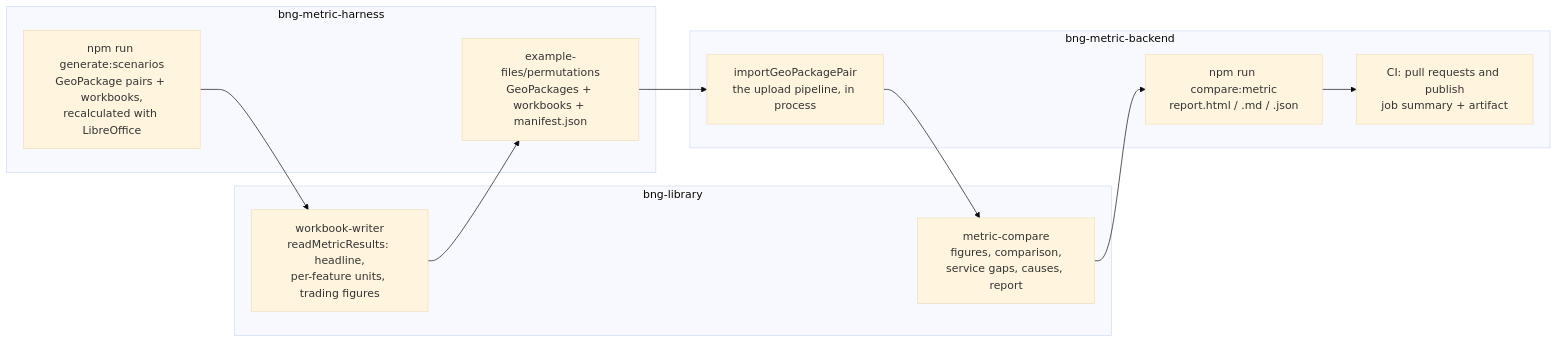
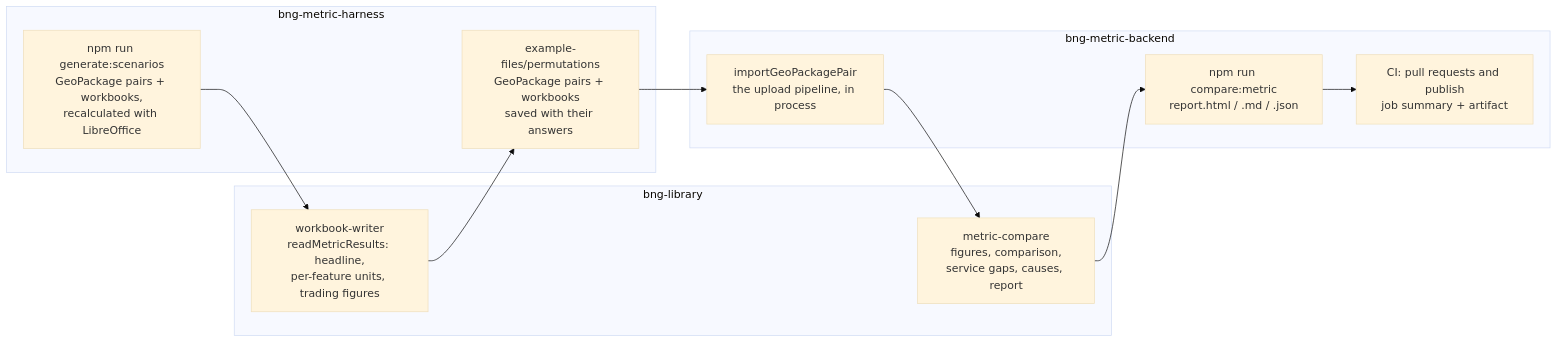
Before and after one commit to DEFRA/bng-metric-harness: the diagram in docs/compare-metric.md, drawn with Mermaid (base theme). The commit also changed other lines of this file and 40 other files, not shown here.

First line of the commit message:
BMD-1036 Save the scenario workbooks with their answers in

````diff
--- a/docs/compare-metric.md
+++ b/docs/compare-metric.md
@@ -62,20 +62,20 @@
 ```mermaid
 flowchart LR
   subgraph harness[bng-metric-harness]
     gen["npm run generate:scenarios<br>GeoPackage pairs + workbooks,<br>recalculated with LibreOffice"]
-    corpus["example-files/permutations<br>GeoPackages + workbooks + manifest.json"]
+    corpus["example-files/permutations<br>GeoPackage pairs + workbooks<br>saved with their answers"]
   end
   subgraph library[bng-library]
     reader["workbook-writer<br>readMetricResults: headline,<br>per-feature units, trading figures"]
     compare["metric-compare<br>figures, comparison,<br>service gaps, causes, report"]
   end
   subgraph backend[bng-metric-backend]
     import["importGeoPackagePair<br>the upload pipeline, in process"]
     ci["CI: pull requests and publish<br>job summary + artifact"]
     cli["npm run compare:metric<br>report.html / .md / .json"]
   end
   gen --> reader
   reader --> corpus
   corpus --> import --> compare
   compare --> cli --> ci
 ```
````
